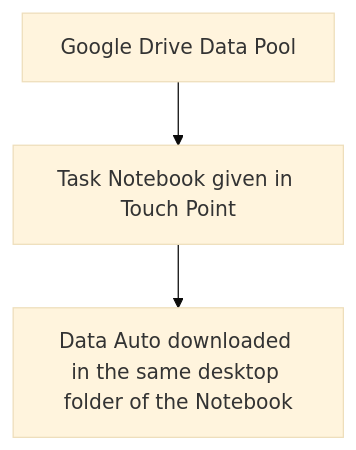
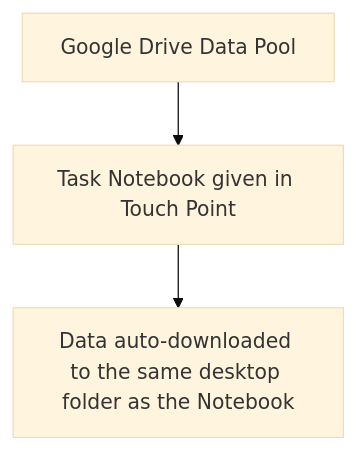
The first of 2 diagrams in docs/01 Data Infra.md (simonsparkwolf-del/ETF-QUANT-LAB), drawn with Mermaid (base theme) before and after one commit. The commit also changed other lines of this file and 7 other files, not shown here.

````diff
--- a/docs/01 Data Infra.md
+++ b/docs/01 Data Infra.md
@@ -3,5 +5,5 @@
 ```mermaid
 flowchart TB
     A[Google Drive Data Pool] --> B[Task Notebook given in Touch Point]
-    B --> C[Data Auto downloaded in the same desktop folder of the Notebook]
+    B --> C[Data auto-downloaded to the same desktop folder as the Notebook]
 ```
````
